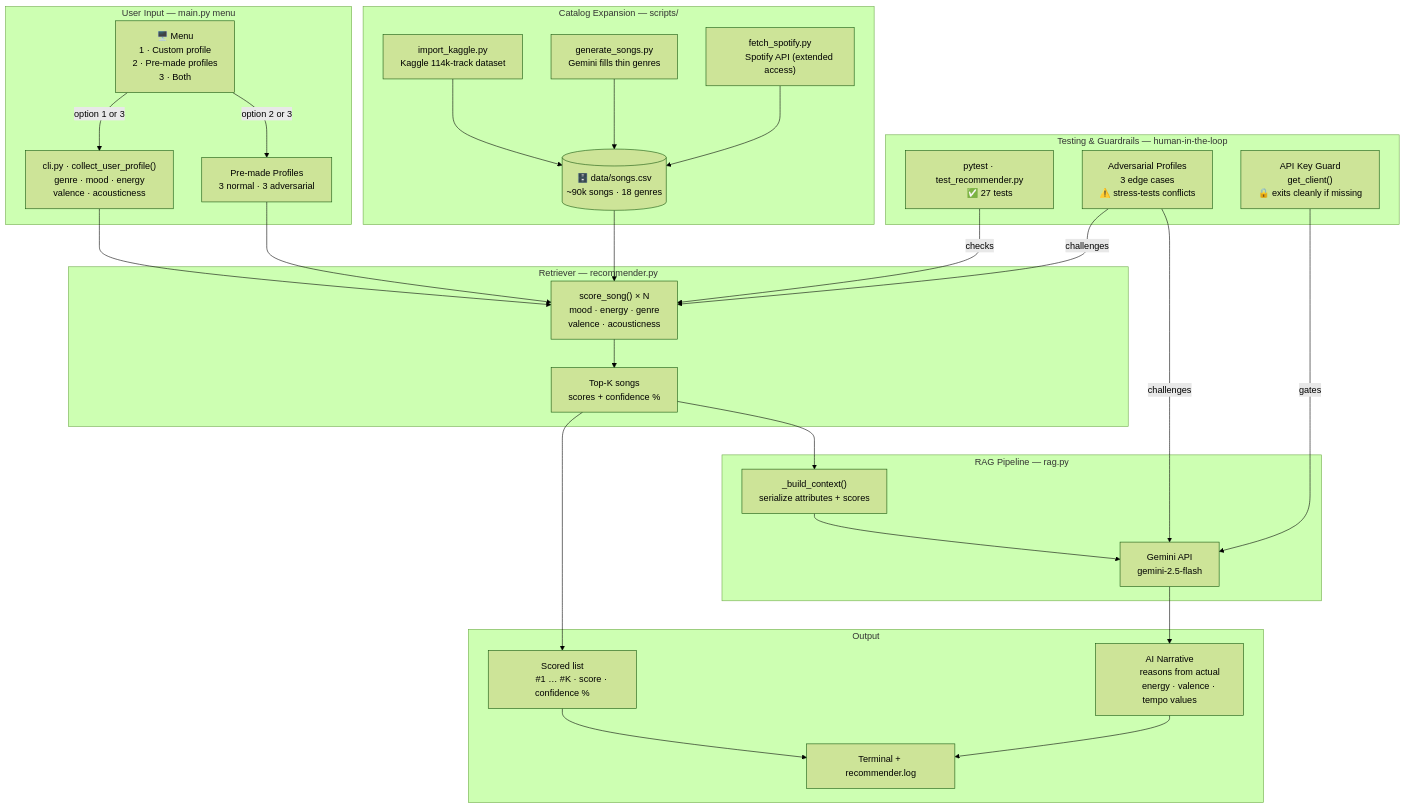
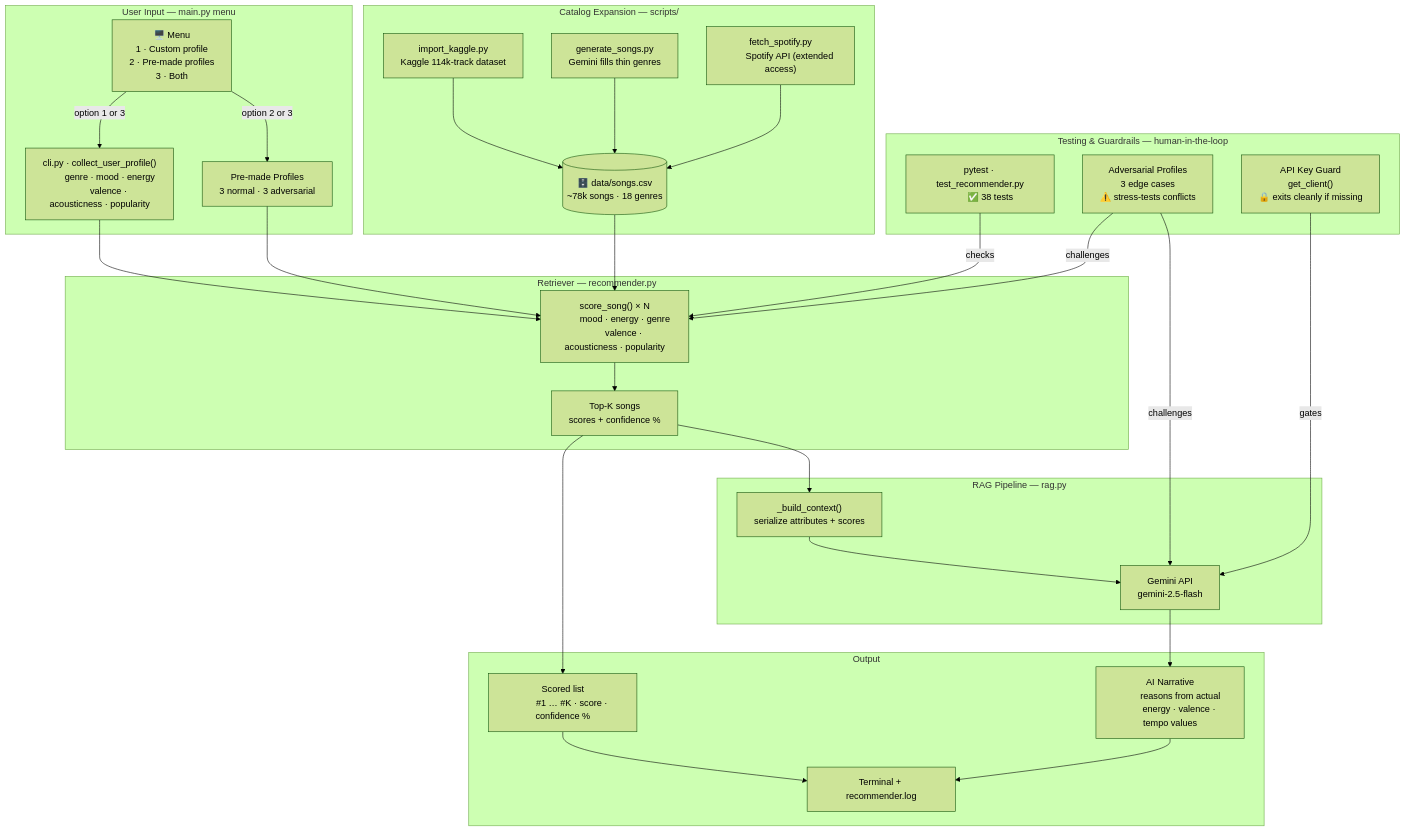
Before and after one commit to AngelinhoRG/Applied-AI-System-Project: the diagram in README.md, drawn with Mermaid (forest theme). The commit also changed other lines of this file and 1 other file, not shown here.

Commit message:
Added tests for the new popularity song attribute and updated README file

````diff
--- a/README.md
+++ b/README.md
@@ -29,81 +29,81 @@
 ```mermaid
 flowchart TD
     subgraph Input["User Input — main.py menu"]
         M["🖥️ Menu
         1 · Custom profile
         2 · Pre-made profiles
         3 · Both"]
         CLI["cli.py · collect_user_profile()
         genre · mood · energy
-        valence · acousticness"]
+        valence · acousticness · popularity"]
         PREFS["Pre-made Profiles
         3 normal · 3 adversarial"]
         M -->|option 1 or 3| CLI
         M -->|option 2 or 3| PREFS
     end
 
     B[("🗄️ data/songs.csv
-    ~90k songs · 18 genres")]
+    ~78k songs · 18 genres")]
 
     subgraph Catalog["Catalog Expansion — scripts/"]
         KAG["import_kaggle.py
         Kaggle 114k-track dataset"]
         GEN["generate_songs.py
         Gemini fills thin genres"]
         SPO["fetch_spotify.py
         Spotify API (extended access)"]
         KAG --> B
         GEN --> B
         SPO --> B
     end
 
     subgraph Retriever["Retriever — recommender.py"]
         C["score_song() × N
         mood · energy · genre
-        valence · acousticness"]
+        valence · acousticness · popularity"]
         D["Top-K songs
         scores + confidence %"]
         C --> D
     end
 
     subgraph RAG["RAG Pipeline — rag.py"]
         E["_build_context()
         serialize attributes + scores"]
         F["Gemini API
         gemini-2.5-flash"]
         E --> F
     end
 
     subgraph Output["Output"]
         SCORED["Scored list
         #1 … #K · score · confidence %"]
         H["AI Narrative
         reasons from actual
         energy · valence · tempo values"]
         I["Terminal + recommender.log"]
         SCORED --> I
         H --> I
     end
 
     subgraph QA["Testing & Guardrails — human-in-the-loop"]
         J["pytest · test_recommender.py
-        ✅ 27 tests"]
+        ✅ 38 tests"]
         ADV["Adversarial Profiles
         3 edge cases
         ⚠️ stress-tests conflicts"]
         L["API Key Guard
         get_client()
         🔒 exits cleanly if missing"]
     end
 
     CLI --> C
     PREFS --> C
     B --> C
     D --> E
     D --> SCORED
     F --> H
     J -->|checks| C
     ADV -->|challenges| C
     ADV -->|challenges| F
     L -->|gates| F
 ```
````
